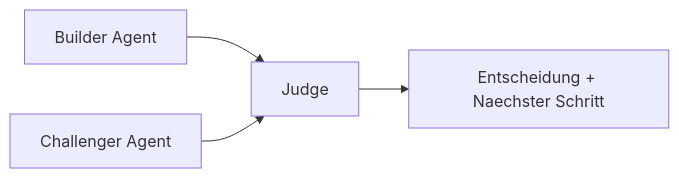
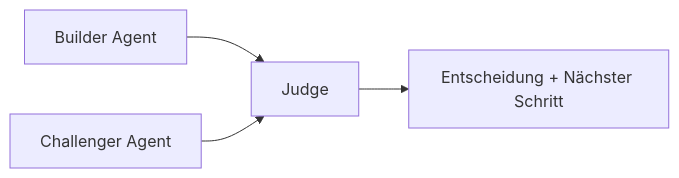
Before and after one commit to soenkelange/ai-lab-3-agentic-programming: the fourth of 4 diagrams in 06-multi-agent-architectures/swarm-patterns.md, drawn with Mermaid. The commit also changed other lines of this file and 31 other files, not shown here.

````diff
--- a/06-multi-agent-architectures/swarm-patterns.md
+++ b/06-multi-agent-architectures/swarm-patterns.md
@@ -68,6 +68,6 @@
 ```mermaid
 flowchart LR
     A[Builder Agent] --> C[Judge]
     B[Challenger Agent] --> C
-    C --> D[Entscheidung + Naechster Schritt]
+    C --> D[Entscheidung + Nächster Schritt]
 ```
````
